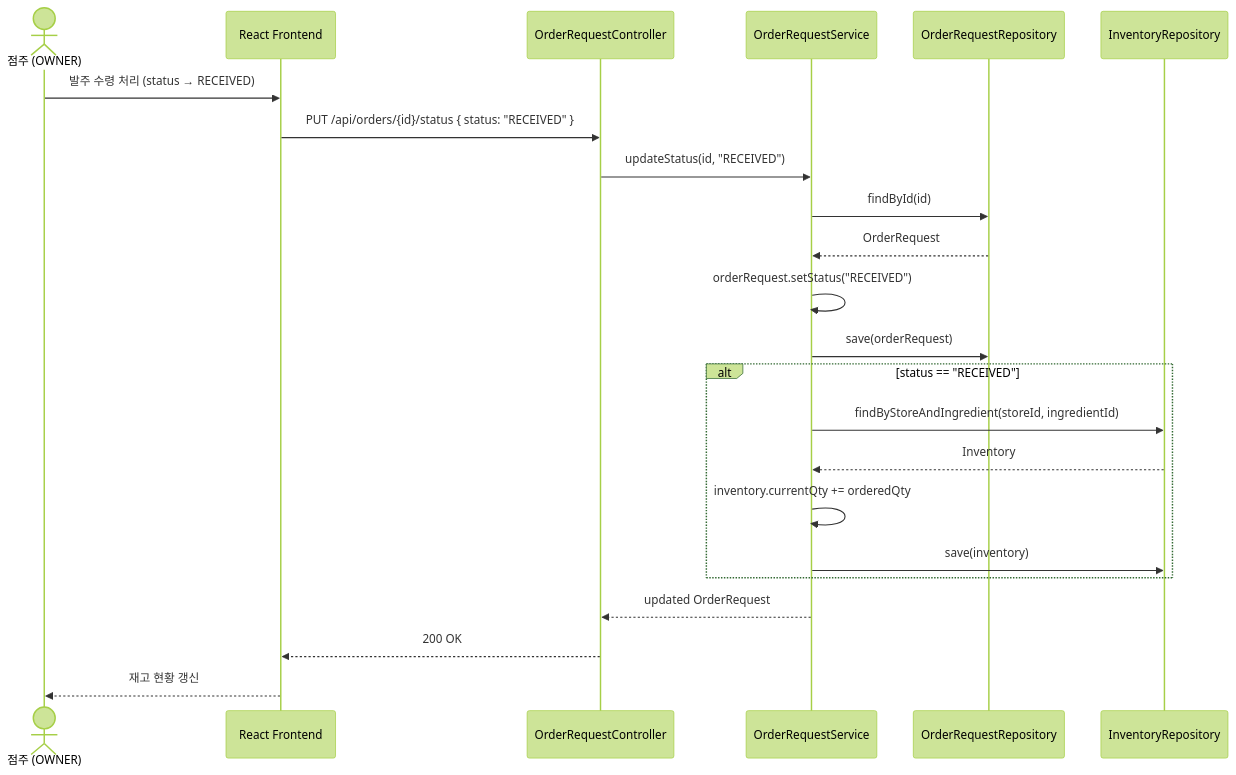
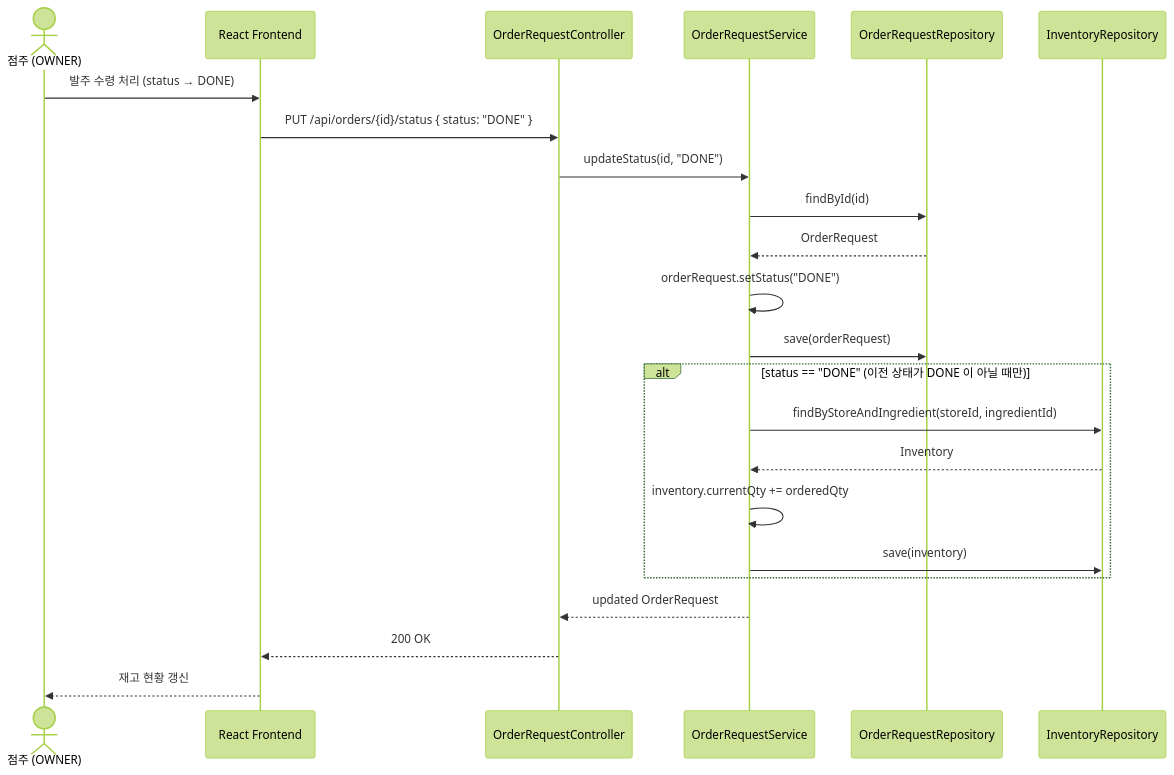
One commit to Food-G/FoodGuard changed the fourth of 4 diagrams in uml/sequence-prediction.md. Above: the diagram before and after it, drawn with Mermaid (forest theme). The commit also changed other lines of this file and 3 other files, not shown here.

Commit message:
docs(uml): 아키텍처·ERD·시퀀스·유스케이스 갱신

````diff
--- a/uml/sequence-prediction.md
+++ b/uml/sequence-prediction.md
@@ -114,29 +114,29 @@
 ```mermaid
 sequenceDiagram
     actor Owner as 점주 (OWNER)
     participant FE as React Frontend
     participant ORC as OrderRequestController
     participant ORS as OrderRequestService
     participant ORR as OrderRequestRepository
     participant INV as InventoryRepository
 
-    Owner->>FE: 발주 수령 처리 (status → RECEIVED)
-    FE->>ORC: PUT /api/orders/{id}/status { status: "RECEIVED" }
-    ORC->>ORS: updateStatus(id, "RECEIVED")
+    Owner->>FE: 발주 수령 처리 (status → DONE)
+    FE->>ORC: PUT /api/orders/{id}/status { status: "DONE" }
+    ORC->>ORS: updateStatus(id, "DONE")
     ORS->>ORR: findById(id)
     ORR-->>ORS: OrderRequest
 
-    ORS->>ORS: orderRequest.setStatus("RECEIVED")
+    ORS->>ORS: orderRequest.setStatus("DONE")
     ORS->>ORR: save(orderRequest)
 
-    alt status == "RECEIVED"
+    alt status == "DONE" (이전 상태가 DONE 이 아닐 때만)
         ORS->>INV: findByStoreAndIngredient(storeId, ingredientId)
         INV-->>ORS: Inventory
         ORS->>ORS: inventory.currentQty += orderedQty
         ORS->>INV: save(inventory)
     end
 
     ORS-->>ORC: updated OrderRequest
     ORC-->>FE: 200 OK
     FE-->>Owner: 재고 현황 갱신
 ```
````
